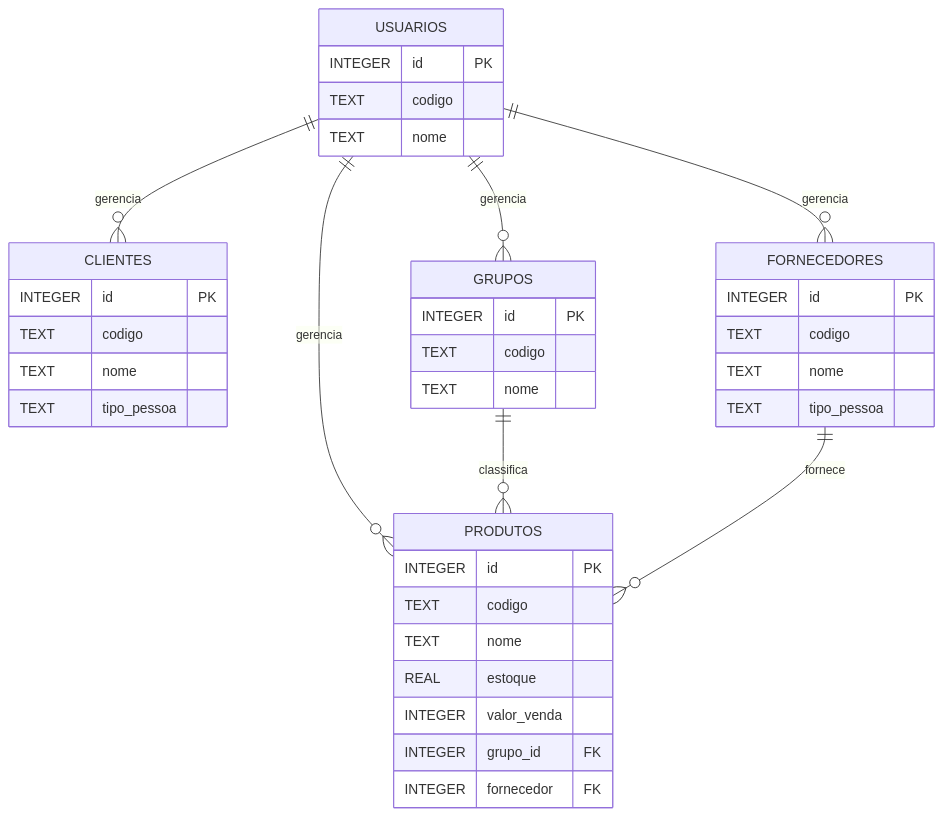
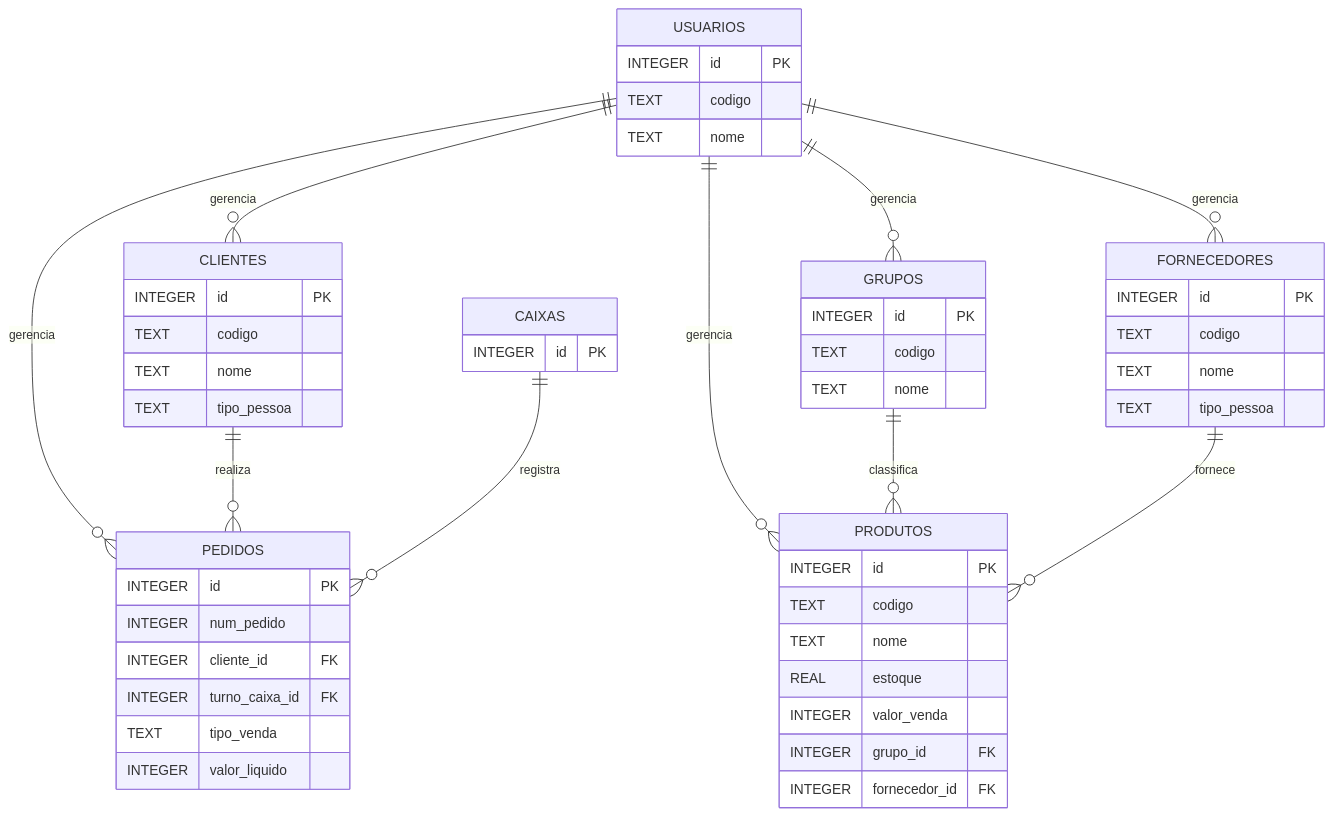
Before and after one commit to MarcoAntonioLeal/ERP-automacao-comercial: the diagram in docs/mer/mer.md, drawn with Mermaid. The commit also changed other lines of this file, not shown here.

Commit message:
atualizando o modelo entidade realcionamento
Added relationships for PEDIDOS and CAIXAS, updated foreign key naming.

````diff
--- a/docs/mer/mer.md
+++ b/docs/mer/mer.md
@@ -3,48 +3,66 @@
 ```mermaid
 erDiagram
 
     USUARIOS ||--o{ CLIENTES : gerencia
     USUARIOS ||--o{ FORNECEDORES : gerencia
     USUARIOS ||--o{ GRUPOS : gerencia
     USUARIOS ||--o{ PRODUTOS : gerencia
+    USUARIOS ||--o{ PEDIDOS : gerencia
 
     GRUPOS ||--o{ PRODUTOS : classifica
 
     FORNECEDORES ||--o{ PRODUTOS : fornece
+
+    CLIENTES ||--o{ PEDIDOS : realiza
+
+    CAIXAS ||--o{ PEDIDOS : registra
 
     USUARIOS {
         INTEGER id PK
         TEXT codigo
         TEXT nome
     }
 
     CLIENTES {
         INTEGER id PK
         TEXT codigo
         TEXT nome
         TEXT tipo_pessoa
     }
 
     FORNECEDORES {
         INTEGER id PK
         TEXT codigo
         TEXT nome
         TEXT tipo_pessoa
     }
 
     GRUPOS {
         INTEGER id PK
         TEXT codigo
         TEXT nome
     }
 
     PRODUTOS {
         INTEGER id PK
         TEXT codigo
         TEXT nome
         REAL estoque
         INTEGER valor_venda
         INTEGER grupo_id FK
-        INTEGER fornecedor FK
+        INTEGER fornecedor_id FK
+    }
+
+    PEDIDOS {
+        INTEGER id PK
+        INTEGER num_pedido
+        INTEGER cliente_id FK
+        INTEGER turno_caixa_id FK
+        TEXT tipo_venda
+        INTEGER valor_liquido
+    }
+
+    CAIXAS {
+        INTEGER id PK
     }
 ```
````
